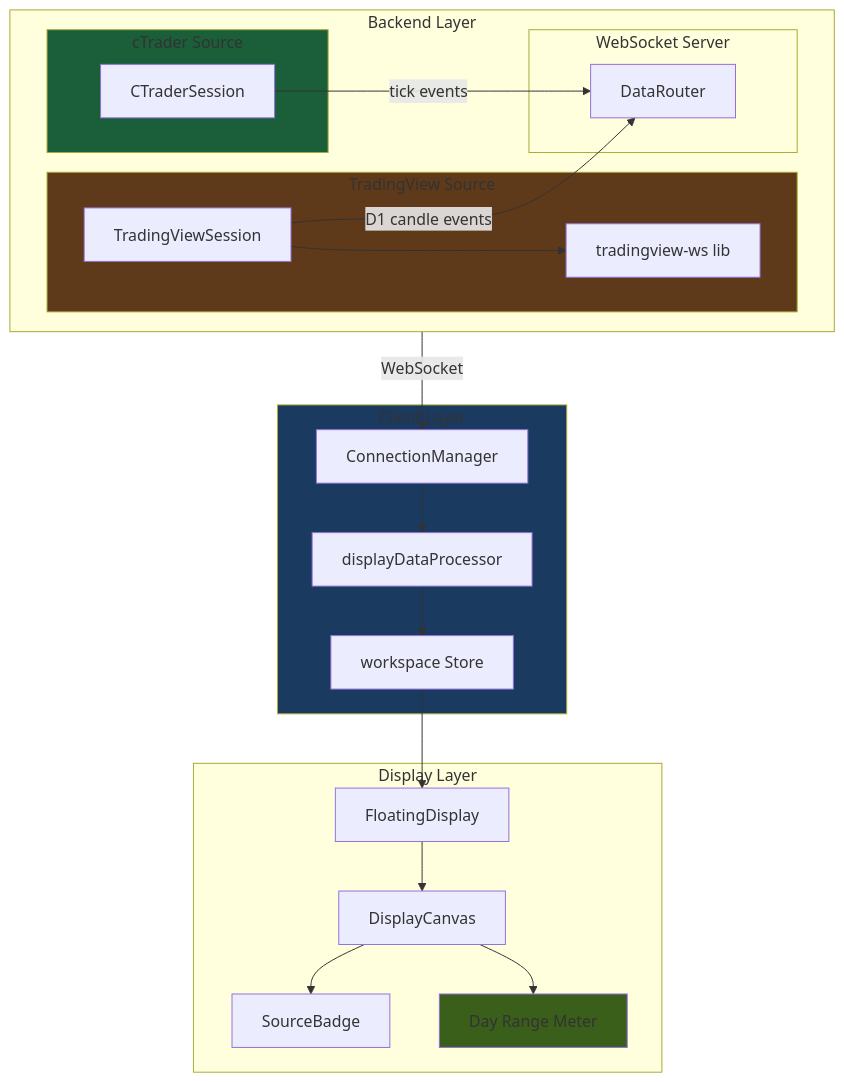
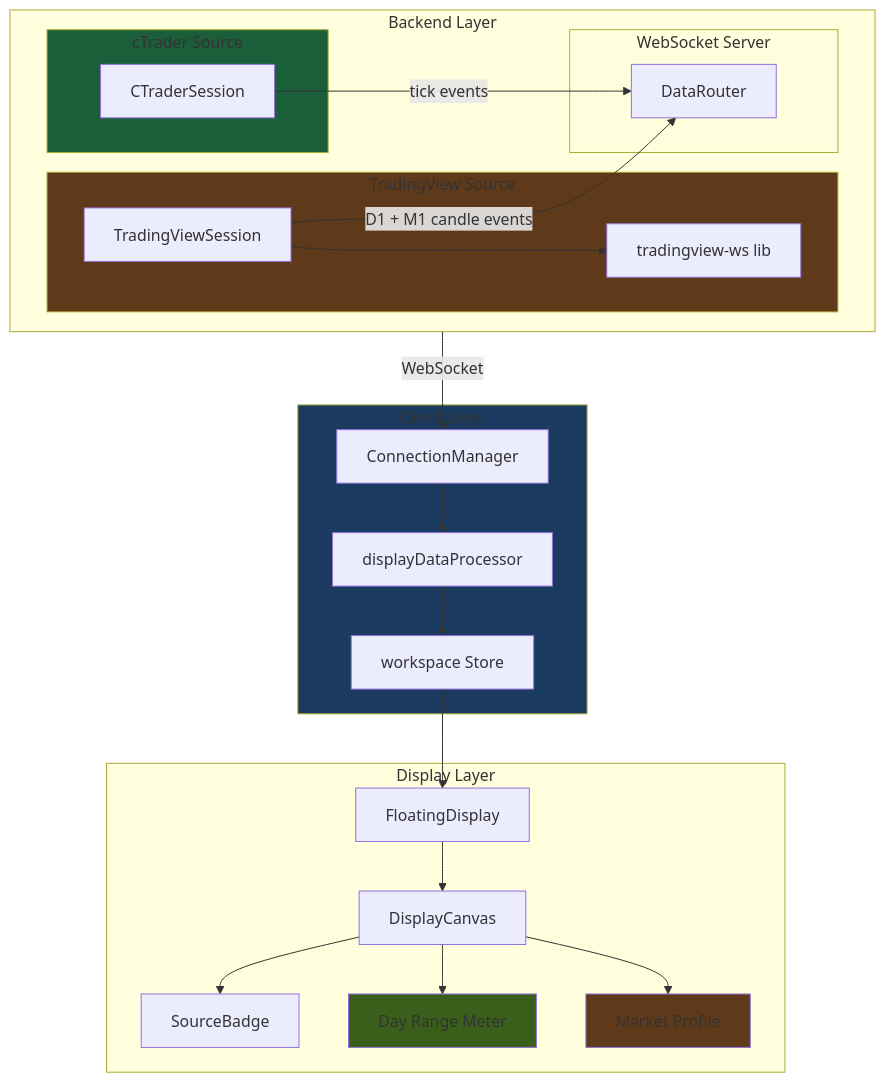
The second of 15 diagrams in docs/scope-tradingview-feed.md (timmye/neurosensefx), drawn with Mermaid before and after one commit. The commit also changed other lines of this file, not shown here.

First line of the commit message:
Add Market Profile scope to TradingView feed document

````diff
--- a/docs/scope-tradingview-feed.md
+++ b/docs/scope-tradingview-feed.md
@@ -45,49 +47,52 @@
 ```mermaid
 flowchart TB
     subgraph BACKEND["Backend Layer"]
         direction LR
 
         subgraph CTRADER["cTrader Source"]
             CS[CTraderSession]
         end
 
         subgraph TV["TradingView Source"]
             TVS[TradingViewSession]
             TVL[tradingview-ws lib]
             TVS --> TVL
         end
 
         subgraph WSS["WebSocket Server"]
             ROUTER[DataRouter]
         end
 
         CS -->|tick events| ROUTER
-        TVS -->|D1 candle events| ROUTER
+        TVS -->|D1 + M1 candle events| ROUTER
     end
 
     subgraph CLIENT["Client Layer"]
         CM[ConnectionManager]
         DD[displayDataProcessor]
         WS[workspace Store]
     end
 
     subgraph DISPLAY["Display Layer"]
         FD[FloatingDisplay]
         DC[DisplayCanvas]
         SB[SourceBadge]
         DRM[Day Range Meter]
+        MP[Market Profile]
     end
 
     ROUTER -->|WebSocket| CM
     CM --> DD
     DD --> WS
     WS --> FD
     FD --> DC
     DC --> DRM
+    DC --> MP
     DC --> SB
 
     style CTRADER fill:#1a5f3a
     style TV fill:#5f3a1a
     style CLIENT fill:#1a3a5f
     style DRM fill:#3a5f1a
+    style MP fill:#5f3a1a
 ```
````
